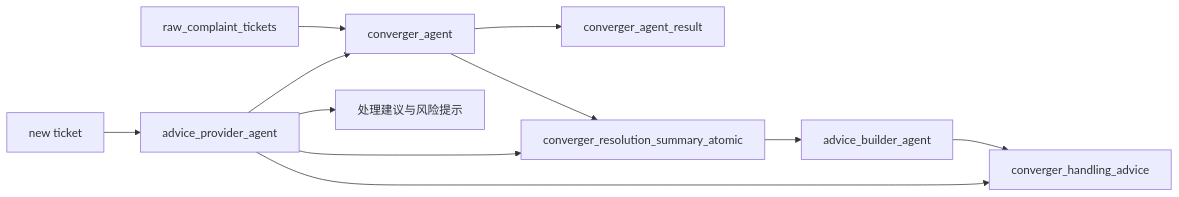
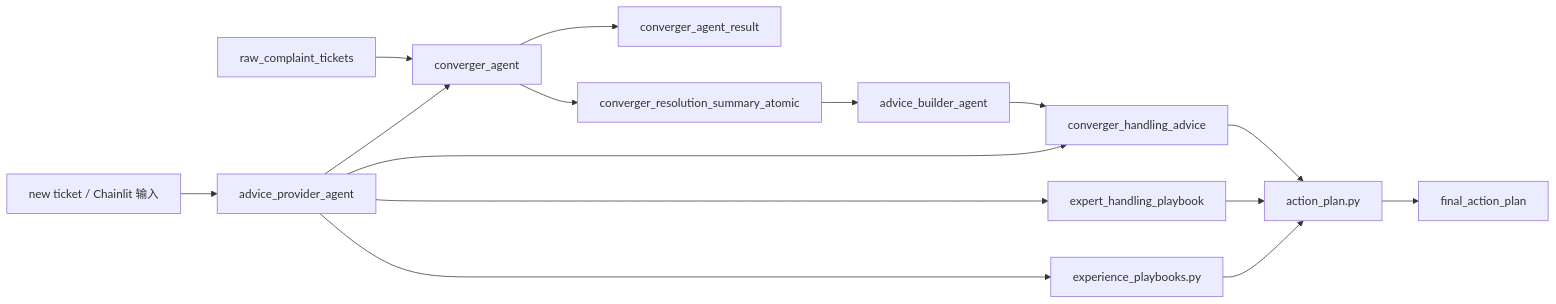
The diagram in docs/current-agent-architecture.md (duhu110/voc), drawn with Mermaid before and after one commit. The commit also changed other lines of this file and 139 other files, not shown here.

````diff
--- a/docs/current-agent-architecture.md
+++ b/docs/current-agent-architecture.md
@@ -97,13 +148,17 @@
 ```mermaid
 flowchart LR
     A["raw_complaint_tickets"] --> B["converger_agent"]
     B --> C["converger_agent_result"]
     B --> D["converger_resolution_summary_atomic"]
     D --> E["advice_builder_agent"]
     E --> F["converger_handling_advice"]
-    G["new ticket"] --> H["advice_provider_agent"]
+    G["new ticket / Chainlit 输入"] --> H["advice_provider_agent"]
     H --> B
     H --> F
-    H --> D
-    H --> I["处理建议与风险提示"]
+    H --> I["expert_handling_playbook"]
+    H --> J["experience_playbooks.py"]
+    F --> K["action_plan.py"]
+    I --> K
+    J --> K
+    K --> L["final_action_plan"]
 ```
````
